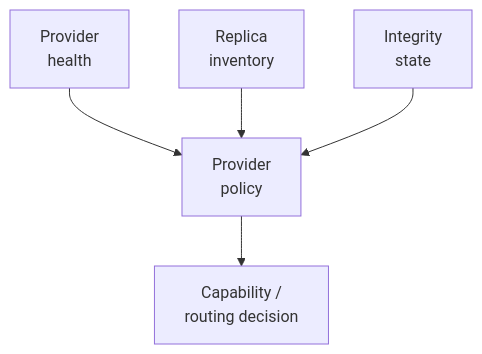
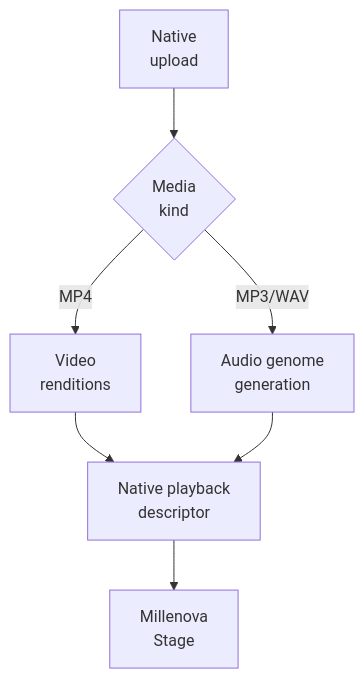
The fifth of 6 diagrams in docs/PLATFORM_ARCHITECTURE.md (wilderruiz/millenova-project), drawn with Mermaid before and after one commit. The commit also changed other lines of this file, not shown here.

Commit message:
docs: correct platform architecture for Home, Stage families, and audio genome

````diff
--- a/docs/PLATFORM_ARCHITECTURE.md
+++ b/docs/PLATFORM_ARCHITECTURE.md
@@ -212,7 +194,9 @@
 ```mermaid
 flowchart TD
-    HEALTH["Provider<br/>health"] --> POLICY["Provider<br/>policy"]
-    INVENTORY["Replica<br/>inventory"] --> POLICY
-    INTEGRITY["Integrity<br/>state"] --> POLICY
-    POLICY --> AUTH["Capability /<br/>routing decision"]
+    UP["Native<br/>upload"] --> TYPE{"Media<br/>kind"}
+    TYPE -->|MP4| VIDEO["Video<br/>renditions"]
+    TYPE -->|MP3/WAV| AUDIO["Audio genome<br/>generation"]
+    VIDEO --> DESC["Native playback<br/>descriptor"]
+    AUDIO --> DESC
+    DESC --> MN["Millenova<br/>Stage"]
 ```
````
